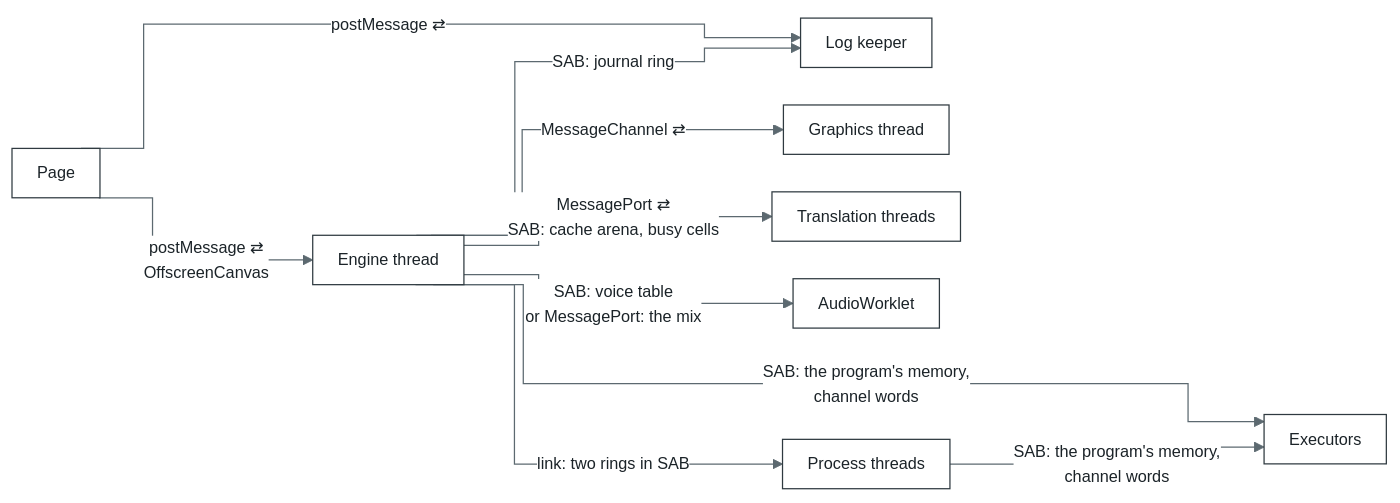
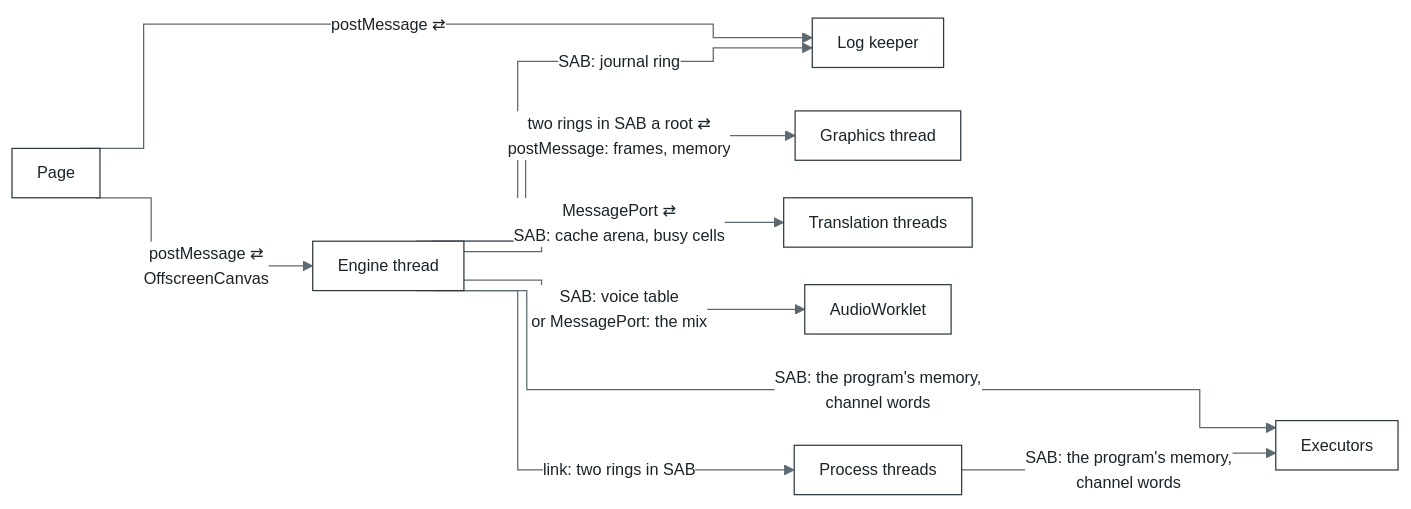
The second of 2 diagrams in docs/architecture/threads.md (bottlify/bottlify), drawn with Mermaid before and after one commit. The commit also changed other lines of this file and 20 other files, not shown here.

````diff
--- a/docs/architecture/threads.md
+++ b/docs/architecture/threads.md
@@ -58,13 +58,13 @@
 ```mermaid
 %%{init: {"theme": "base", "flowchart": {"curve": "step", "nodeSpacing": 30, "rankSpacing": 70, "padding": 10}, "themeVariables": {"fontFamily": "Inter, Segoe UI, Helvetica, Arial, sans-serif", "fontSize": "13px", "primaryColor": "#FFFFFF", "primaryBorderColor": "#2F3A40", "primaryTextColor": "#1B2328", "lineColor": "#5C6970", "clusterBkg": "#F3F5F6", "clusterBorder": "#9AA6AC", "edgeLabelBackground": "#FFFFFF"}}}%%
 flowchart LR
   P["Page"] -->|"postMessage ⇄<br/>OffscreenCanvas"| E["Engine thread"]
   P -->|"postMessage ⇄"| K["Log keeper"]
   E -->|"SAB: journal ring"| K
-  E -->|"MessageChannel ⇄"| G["Graphics thread"]
+  E -->|"two rings in SAB a root ⇄<br/>postMessage: frames, memory"| G["Graphics thread"]
   E -->|"MessagePort ⇄<br/>SAB: cache arena, busy cells"| T["Translation threads"]
   E -->|"SAB: voice table<br/>or MessagePort: the mix"| A["AudioWorklet"]
   E -->|"link: two rings in SAB"| R["Process threads"]
   E -->|"SAB: the program's memory,<br/>channel words"| X["Executors"]
   R -->|"SAB: the program's memory,<br/>channel words"| X
 ```
````
